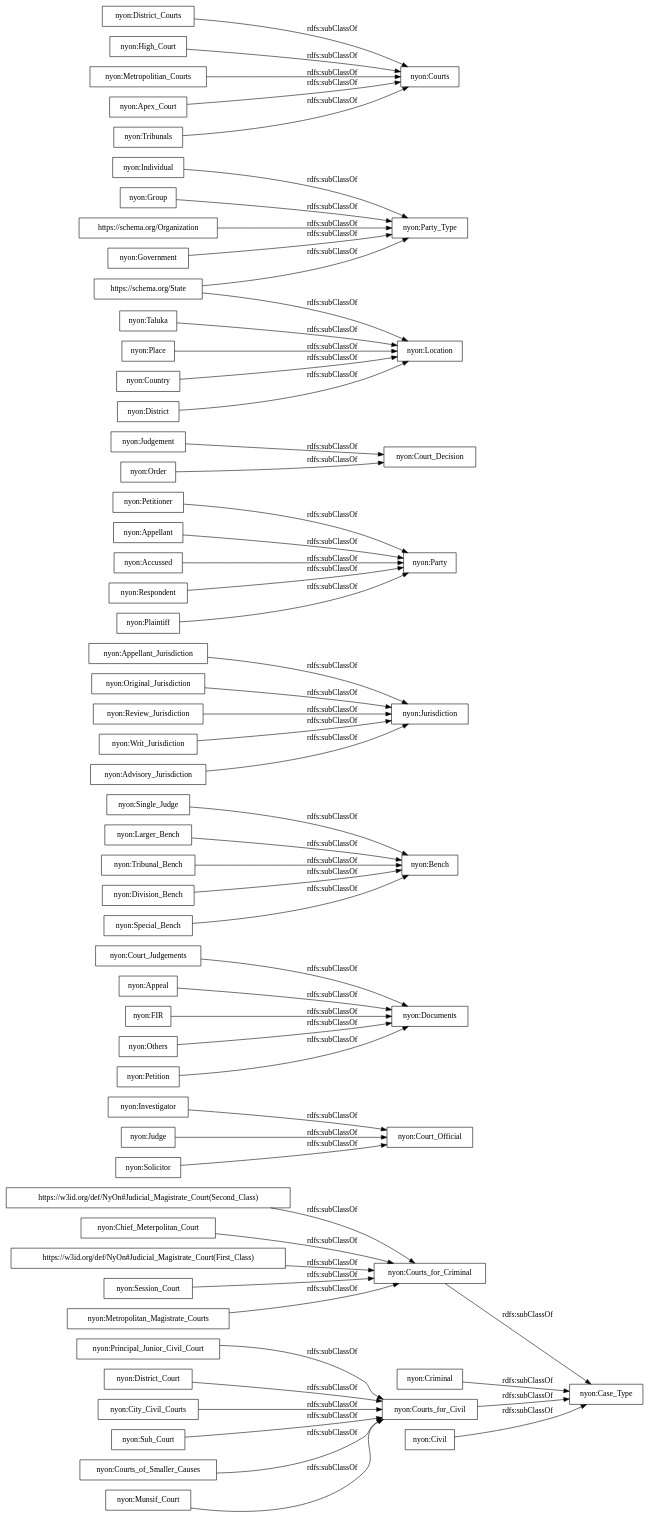
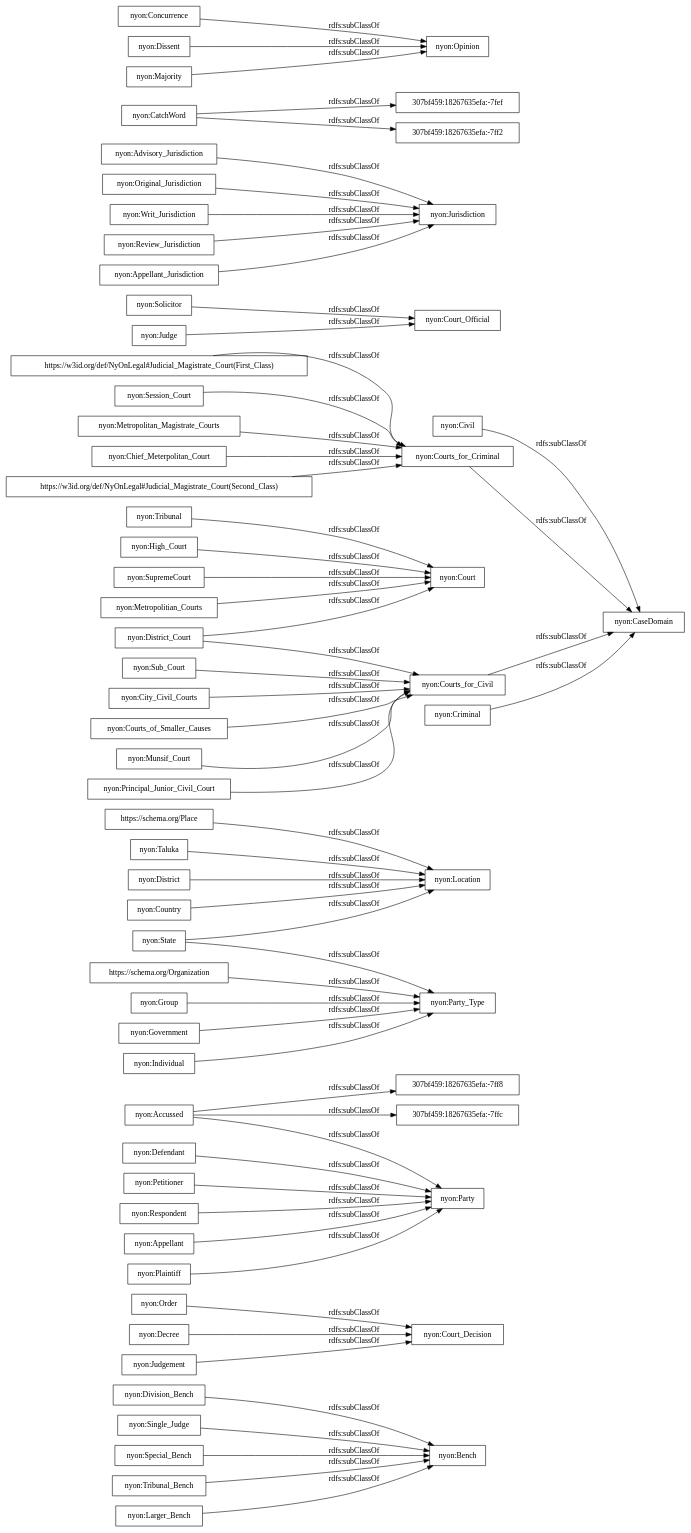
Before and after one commit to ahmad88me/NyOn: the diagram in OnToology/NyOn.owl/diagrams/ar2dtool-taxonomy/NyOn.owl.png.dot, drawn with Graphviz. The commit also changed 21 other files, not shown here.

```diff
--- a/OnToology/NyOn.owl/diagrams/ar2dtool-taxonomy/NyOn.owl.png.dot
+++ b/OnToology/NyOn.owl/diagrams/ar2dtool-taxonomy/NyOn.owl.png.dot
@@ -1,61 +1,64 @@
 digraph ar2dtool_diagram { 
 rankdir=LR;
 size="1000"
-node [shape = rectangle, color="black"]; "nyon:Principal_Junior_Civil_Court" "nyon:Case_Type" "nyon:Investigator" "nyon:Court_Judgements" "nyon:Single_Judge" "nyon:Jurisdiction" "nyon:Criminal" "nyon:Documents" "nyon:District_Court" "nyon:Petitioner" "nyon:Judgement" "nyon:Appellant" "nyon:Larger_Bench" "nyon:Location" "nyon:Appellant_Jurisdiction" "nyon:Judge" "nyon:Accussed" "nyon:Respondent" "nyon:District_Courts" "nyon:Original_Jurisdiction" "nyon:City_Civil_Courts" "nyon:Sub_Court" "nyon:Courts_for_Civil" "nyon:Party_Type" "nyon:Tribunal_Bench" "nyon:Chief_Meterpolitan_Court" "https://schema.org/State" "nyon:Individual" "nyon:Courts_of_Smaller_Causes" "https://w3id.org/def/NyOn#Judicial_Magistrate_Court(First_Class)" "nyon:Appeal" "nyon:Place" "nyon:Courts" "nyon:Court_Official" "nyon:Session_Court" "nyon:Review_Jurisdiction" "nyon:Country" "nyon:High_Court" "nyon:Solicitor" "nyon:Group" "nyon:Bench" "nyon:Munsif_Court" "nyon:Metropolitian_Courts" "nyon:Metropolitan_Magistrate_Courts" "https://schema.org/Organization" "nyon:Division_Bench" "nyon:District" "nyon:Party" "nyon:Taluka" "nyon:Court_Decision" "nyon:Order" "nyon:Courts_for_Criminal" "nyon:Government" "nyon:Special_Bench" "nyon:FIR" "nyon:Others" "nyon:Plaintiff" "https://w3id.org/def/NyOn#Judicial_Magistrate_Court(Second_Class)" "nyon:Petition" "nyon:Civil" "nyon:Apex_Court" "nyon:Tribunals" "nyon:Writ_Jurisdiction" "nyon:Advisory_Jurisdiction" ; /*classes style*/
+node [shape = rectangle, color="black"]; "nyon:Division_Bench" "nyon:Order" "nyon:Decree" "nyon:Bench" "nyon:Party" "nyon:Court_Decision" "nyon:Defendant" "https://schema.org/Place" "nyon:Accussed" "nyon:Civil" "nyon:Taluka" "nyon:Principal_Junior_Civil_Court" "nyon:Solicitor" "nyon:Advisory_Jurisdiction" "nyon:Single_Judge" "nyon:Session_Court" "nyon:Metropolitan_Magistrate_Courts" "nyon:District_Court" "nyon:Chief_Meterpolitan_Court" "nyon:Original_Jurisdiction" "nyon:Court_Official" "307bf459:18267635efa:-7fef" "nyon:Court" "nyon:High_Court" "https://w3id.org/def/NyOnLegal#Judicial_Magistrate_Court(Second_Class)" "nyon:State" "nyon:Concurrence" "nyon:Courts_for_Criminal" "nyon:Courts_for_Civil" "nyon:Writ_Jurisdiction" "nyon:Location" "nyon:District" "nyon:Review_Jurisdiction" "307bf459:18267635efa:-7ff2" "nyon:City_Civil_Courts" "nyon:SupremeCourt" "nyon:Appellant_Jurisdiction" "307bf459:18267635efa:-7ffc" "nyon:Special_Bench" "nyon:Individual" "nyon:Opinion" "nyon:Judge" "nyon:Courts_of_Smaller_Causes" "nyon:Judgement" "nyon:Tribunal_Bench" "nyon:Jurisdiction" "https://schema.org/Organization" "nyon:Metropolitian_Courts" "nyon:Criminal" "nyon:Group" "nyon:Appellant" "307bf459:18267635efa:-7ff8" "nyon:Munsif_Court" "nyon:CatchWord" "nyon:Dissent" "nyon:Party_Type" "nyon:Plaintiff" "nyon:Country" "nyon:Tribunal" "nyon:Majority" "nyon:Petitioner" "nyon:CaseDomain" "nyon:Sub_Court" "nyon:Larger_Bench" "https://w3id.org/def/NyOnLegal#Judicial_Magistrate_Court(First_Class)" "nyon:Respondent" "nyon:Government" ; /*classes style*/
+	"nyon:Writ_Jurisdiction" -> "nyon:Jurisdiction" [ label = "rdfs:subClassOf" ];
+	"nyon:Special_Bench" -> "nyon:Bench" [ label = "rdfs:subClassOf" ];
+	"https://schema.org/Place" -> "nyon:Location" [ label = "rdfs:subClassOf" ];
+	"nyon:Judge" -> "nyon:Court_Official" [ label = "rdfs:subClassOf" ];
+	"nyon:Petitioner" -> "nyon:Party" [ label = "rdfs:subClassOf" ];
+	"nyon:Original_Jurisdiction" -> "nyon:Jurisdiction" [ label = "rdfs:subClassOf" ];
+	"nyon:Appellant" -> "nyon:Party" [ label = "rdfs:subClassOf" ];
+	"nyon:Order" -> "nyon:Court_Decision" [ label = "rdfs:subClassOf" ];
+	"nyon:Review_Jurisdiction" -> "nyon:Jurisdiction" [ label = "rdfs:subClassOf" ];
+	"https://schema.org/Organization" -> "nyon:Party_Type" [ label = "rdfs:subClassOf" ];
+	"nyon:District_Court" -> "nyon:Courts_for_Civil" [ label = "rdfs:subClassOf" ];
+	"nyon:District_Court" -> "nyon:Court" [ label = "rdfs:subClassOf" ];
+	"nyon:Metropolitian_Courts" -> "nyon:Court" [ label = "rdfs:subClassOf" ];
+	"nyon:Munsif_Court" -> "nyon:Courts_for_Civil" [ label = "rdfs:subClassOf" ];
+	"nyon:Respondent" -> "nyon:Party" [ label = "rdfs:subClassOf" ];
+	"nyon:Chief_Meterpolitan_Court" -> "nyon:Courts_for_Criminal" [ label = "rdfs:subClassOf" ];
+	"nyon:Session_Court" -> "nyon:Courts_for_Criminal" [ label = "rdfs:subClassOf" ];
+	"nyon:Majority" -> "nyon:Opinion" [ label = "rdfs:subClassOf" ];
+	"nyon:SupremeCourt" -> "nyon:Court" [ label = "rdfs:subClassOf" ];
+	"nyon:Larger_Bench" -> "nyon:Bench" [ label = "rdfs:subClassOf" ];
+	"nyon:Single_Judge" -> "nyon:Bench" [ label = "rdfs:subClassOf" ];
+	"nyon:Dissent" -> "nyon:Opinion" [ label = "rdfs:subClassOf" ];
+	"nyon:Government" -> "nyon:Party_Type" [ label = "rdfs:subClassOf" ];
+	"nyon:City_Civil_Courts" -> "nyon:Courts_for_Civil" [ label = "rdfs:subClassOf" ];
+	"nyon:District" -> "nyon:Location" [ label = "rdfs:subClassOf" ];
+	"nyon:Decree" -> "nyon:Court_Decision" [ label = "rdfs:subClassOf" ];
+	"nyon:High_Court" -> "nyon:Court" [ label = "rdfs:subClassOf" ];
+	"nyon:Courts_for_Civil" -> "nyon:CaseDomain" [ label = "rdfs:subClassOf" ];
+	"nyon:Sub_Court" -> "nyon:Courts_for_Civil" [ label = "rdfs:subClassOf" ];
+	"nyon:Civil" -> "nyon:CaseDomain" [ label = "rdfs:subClassOf" ];
+	"nyon:Plaintiff" -> "nyon:Party" [ label = "rdfs:subClassOf" ];
+	"nyon:State" -> "nyon:Party_Type" [ label = "rdfs:subClassOf" ];
+	"nyon:State" -> "nyon:Location" [ label = "rdfs:subClassOf" ];
+	"nyon:Criminal" -> "nyon:CaseDomain" [ label = "rdfs:subClassOf" ];
+	"nyon:Principal_Junior_Civil_Court" -> "nyon:Courts_for_Civil" [ label = "rdfs:subClassOf" ];
+	"nyon:Tribunal" -> "nyon:Court" [ label = "rdfs:subClassOf" ];
+	"https://w3id.org/def/NyOnLegal#Judicial_Magistrate_Court(Second_Class)" -> "nyon:Courts_for_Criminal" [ label = "rdfs:subClassOf" ];
+	"nyon:Courts_for_Criminal" -> "nyon:CaseDomain" [ label = "rdfs:subClassOf" ];
+	"nyon:Concurrence" -> "nyon:Opinion" [ label = "rdfs:subClassOf" ];
+	"nyon:CatchWord" -> "307bf459:18267635efa:-7fef" [ label = "rdfs:subClassOf" ];
+	"nyon:CatchWord" -> "307bf459:18267635efa:-7ff2" [ label = "rdfs:subClassOf" ];
+	"nyon:Solicitor" -> "nyon:Court_Official" [ label = "rdfs:subClassOf" ];
+	"nyon:Courts_of_Smaller_Causes" -> "nyon:Courts_for_Civil" [ label = "rdfs:subClassOf" ];
+	"nyon:Defendant" -> "nyon:Party" [ label = "rdfs:subClassOf" ];
+	"nyon:Accussed" -> "307bf459:18267635efa:-7ff8" [ label = "rdfs:subClassOf" ];
+	"nyon:Accussed" -> "307bf459:18267635efa:-7ffc" [ label = "rdfs:subClassOf" ];
+	"nyon:Accussed" -> "nyon:Party" [ label = "rdfs:subClassOf" ];
+	"nyon:Group" -> "nyon:Party_Type" [ label = "rdfs:subClassOf" ];
 	"nyon:Country" -> "nyon:Location" [ label = "rdfs:subClassOf" ];
+	"nyon:Tribunal_Bench" -> "nyon:Bench" [ label = "rdfs:subClassOf" ];
+	"nyon:Taluka" -> "nyon:Location" [ label = "rdfs:subClassOf" ];
+	"nyon:Judgement" -> "nyon:Court_Decision" [ label = "rdfs:subClassOf" ];
+	"nyon:Division_Bench" -> "nyon:Bench" [ label = "rdfs:subClassOf" ];
+	"nyon:Advisory_Jurisdiction" -> "nyon:Jurisdiction" [ label = "rdfs:subClassOf" ];
+	"nyon:Metropolitan_Magistrate_Courts" -> "nyon:Courts_for_Criminal" [ label = "rdfs:subClassOf" ];
 	"nyon:Appellant_Jurisdiction" -> "nyon:Jurisdiction" [ label = "rdfs:subClassOf" ];
-	"nyon:Place" -> "nyon:Location" [ label = "rdfs:subClassOf" ];
-	"nyon:District_Court" -> "nyon:Courts_for_Civil" [ label = "rdfs:subClassOf" ];
-	"nyon:Appellant" -> "nyon:Party" [ label = "rdfs:subClassOf" ];
-	"nyon:Principal_Junior_Civil_Court" -> "nyon:Courts_for_Civil" [ label = "rdfs:subClassOf" ];
-	"nyon:Larger_Bench" -> "nyon:Bench" [ label = "rdfs:subClassOf" ];
-	"nyon:Special_Bench" -> "nyon:Bench" [ label = "rdfs:subClassOf" ];
-	"nyon:Appeal" -> "nyon:Documents" [ label = "rdfs:subClassOf" ];
-	"nyon:Single_Judge" -> "nyon:Bench" [ label = "rdfs:subClassOf" ];
-	"nyon:Judge" -> "nyon:Court_Official" [ label = "rdfs:subClassOf" ];
-	"nyon:City_Civil_Courts" -> "nyon:Courts_for_Civil" [ label = "rdfs:subClassOf" ];
-	"nyon:Advisory_Jurisdiction" -> "nyon:Jurisdiction" [ label = "rdfs:subClassOf" ];
-	"nyon:Sub_Court" -> "nyon:Courts_for_Civil" [ label = "rdfs:subClassOf" ];
-	"nyon:Munsif_Court" -> "nyon:Courts_for_Civil" [ label = "rdfs:subClassOf" ];
-	"https://w3id.org/def/NyOn#Judicial_Magistrate_Court(Second_Class)" -> "nyon:Courts_for_Criminal" [ label = "rdfs:subClassOf" ];
-	"https://schema.org/Organization" -> "nyon:Party_Type" [ label = "rdfs:subClassOf" ];
-	"nyon:Petition" -> "nyon:Documents" [ label = "rdfs:subClassOf" ];
-	"nyon:Courts_for_Civil" -> "nyon:Case_Type" [ label = "rdfs:subClassOf" ];
-	"nyon:District" -> "nyon:Location" [ label = "rdfs:subClassOf" ];
-	"nyon:Courts_of_Smaller_Causes" -> "nyon:Courts_for_Civil" [ label = "rdfs:subClassOf" ];
 	"nyon:Individual" -> "nyon:Party_Type" [ label = "rdfs:subClassOf" ];
-	"nyon:Tribunal_Bench" -> "nyon:Bench" [ label = "rdfs:subClassOf" ];
-	"nyon:Division_Bench" -> "nyon:Bench" [ label = "rdfs:subClassOf" ];
-	"nyon:Courts_for_Criminal" -> "nyon:Case_Type" [ label = "rdfs:subClassOf" ];
-	"nyon:Original_Jurisdiction" -> "nyon:Jurisdiction" [ label = "rdfs:subClassOf" ];
-	"nyon:Petitioner" -> "nyon:Party" [ label = "rdfs:subClassOf" ];
-	"nyon:Judgement" -> "nyon:Court_Decision" [ label = "rdfs:subClassOf" ];
-	"nyon:Court_Judgements" -> "nyon:Documents" [ label = "rdfs:subClassOf" ];
-	"nyon:Plaintiff" -> "nyon:Party" [ label = "rdfs:subClassOf" ];
-	"nyon:Government" -> "nyon:Party_Type" [ label = "rdfs:subClassOf" ];
-	"nyon:District_Courts" -> "nyon:Courts" [ label = "rdfs:subClassOf" ];
-	"nyon:Solicitor" -> "nyon:Court_Official" [ label = "rdfs:subClassOf" ];
-	"nyon:Civil" -> "nyon:Case_Type" [ label = "rdfs:subClassOf" ];
-	"nyon:Respondent" -> "nyon:Party" [ label = "rdfs:subClassOf" ];
-	"nyon:High_Court" -> "nyon:Courts" [ label = "rdfs:subClassOf" ];
-	"nyon:Criminal" -> "nyon:Case_Type" [ label = "rdfs:subClassOf" ];
-	"nyon:Investigator" -> "nyon:Court_Official" [ label = "rdfs:subClassOf" ];
-	"https://schema.org/State" -> "nyon:Party_Type" [ label = "rdfs:subClassOf" ];
-	"https://schema.org/State" -> "nyon:Location" [ label = "rdfs:subClassOf" ];
-	"nyon:Session_Court" -> "nyon:Courts_for_Criminal" [ label = "rdfs:subClassOf" ];
-	"nyon:Review_Jurisdiction" -> "nyon:Jurisdiction" [ label = "rdfs:subClassOf" ];
-	"nyon:Writ_Jurisdiction" -> "nyon:Jurisdiction" [ label = "rdfs:subClassOf" ];
-	"nyon:Accussed" -> "nyon:Party" [ label = "rdfs:subClassOf" ];
-	"nyon:Apex_Court" -> "nyon:Courts" [ label = "rdfs:subClassOf" ];
-	"nyon:Group" -> "nyon:Party_Type" [ label = "rdfs:subClassOf" ];
-	"nyon:Tribunals" -> "nyon:Courts" [ label = "rdfs:subClassOf" ];
-	"nyon:Taluka" -> "nyon:Location" [ label = "rdfs:subClassOf" ];
-	"nyon:Chief_Meterpolitan_Court" -> "nyon:Courts_for_Criminal" [ label = "rdfs:subClassOf" ];
-	"nyon:Metropolitian_Courts" -> "nyon:Courts" [ label = "rdfs:subClassOf" ];
-	"nyon:Order" -> "nyon:Court_Decision" [ label = "rdfs:subClassOf" ];
-	"https://w3id.org/def/NyOn#Judicial_Magistrate_Court(First_Class)" -> "nyon:Courts_for_Criminal" [ label = "rdfs:subClassOf" ];
-	"nyon:FIR" -> "nyon:Documents" [ label = "rdfs:subClassOf" ];
-	"nyon:Others" -> "nyon:Documents" [ label = "rdfs:subClassOf" ];
-	"nyon:Metropolitan_Magistrate_Courts" -> "nyon:Courts_for_Criminal" [ label = "rdfs:subClassOf" ];
+	"https://w3id.org/def/NyOnLegal#Judicial_Magistrate_Court(First_Class)" -> "nyon:Courts_for_Criminal" [ label = "rdfs:subClassOf" ];
 
 }
```
